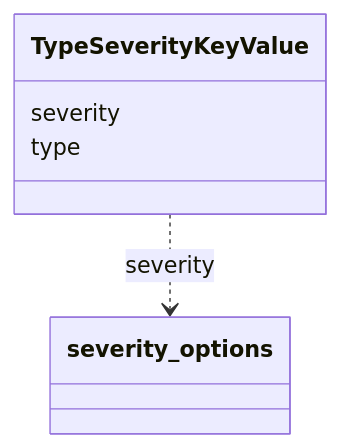
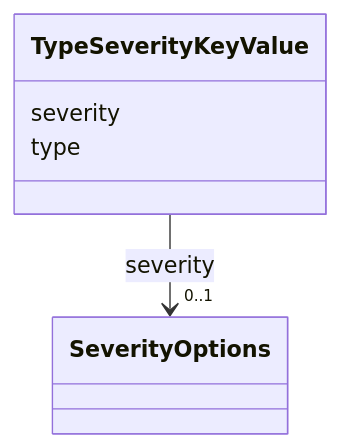
One commit to INCATools/ontology-access-kit changed the diagram in docs/datamodels/validation/TypeSeverityKeyValue.md. Above: the diagram before and after it, drawn with Mermaid. The commit also changed other lines of this file and 539 other files, not shown here.

````diff
--- a/docs/datamodels/validation/TypeSeverityKeyValue.md
+++ b/docs/datamodels/validation/TypeSeverityKeyValue.md
@@ -11,11 +19,17 @@
 ```{mermaid}
  classDiagram
     class TypeSeverityKeyValue
+    click TypeSeverityKeyValue href "../TypeSeverityKeyValue"
       TypeSeverityKeyValue : severity
         
-          TypeSeverityKeyValue ..> severity_options : severity
+          
+    
+    
+    TypeSeverityKeyValue --> "0..1" SeverityOptions : severity
+    click SeverityOptions href "../SeverityOptions"
+
         
       TypeSeverityKeyValue : type
         
       
 ```
````
